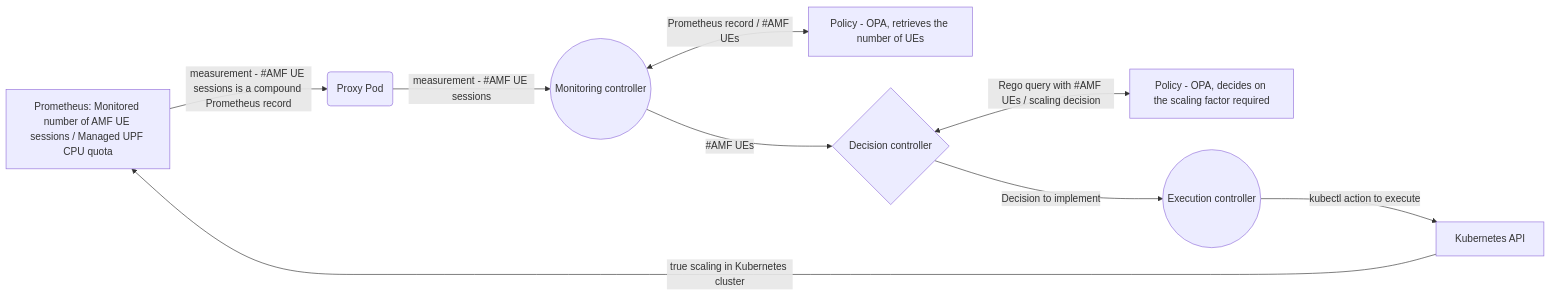
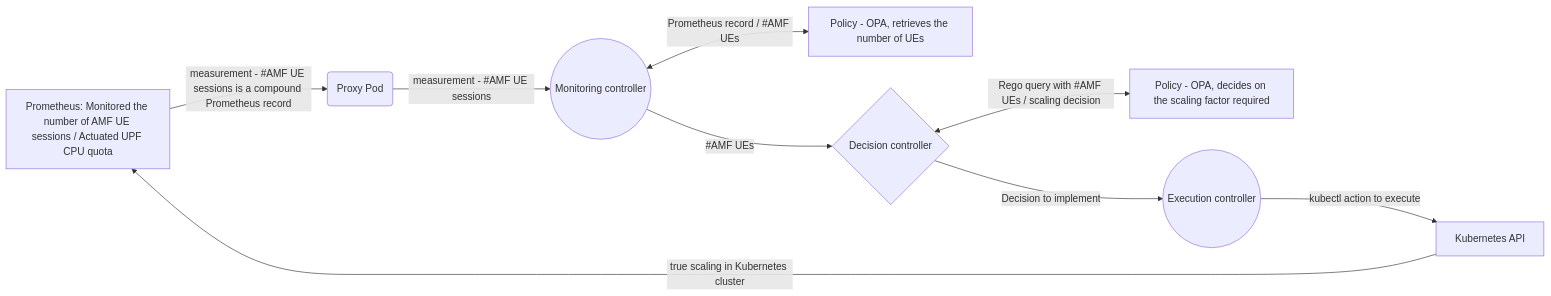
The diagram in README2.md (dbursztynowski/cl_demo), drawn with Mermaid before and after one commit.

````diff
--- a/README2.md
+++ b/README2.md
@@ -29,11 +29,11 @@
 ```mermaid
 flowchart LR
-M[Prometheus: Monitored number of AMF UE sessions / Managed UPF CPU quota] -->|measurement - #AMF UE sessions is a compound Prometheus record| X(Proxy Pod)
+M[Prometheus: Monitored the number of AMF UE sessions / Actuated UPF CPU quota] -->|measurement - #AMF UE sessions is a compound Prometheus record| X(Proxy Pod)
 X -->|measurement - #AMF UE sessions| A((Monitoring controller))
 A <-->|Prometheus record / #AMF UEs| P[Policy - OPA, retrieves the number of UEs]
 A -->|#AMF UEs| B{Decision controller}
 B <-->|Rego query with #AMF UEs / scaling decision| C[Policy - OPA, decides on the scaling factor required]
 B -->|Decision to implement| D((Execution controller))
 D -->|kubectl action to execute| K[Kubernetes API]
 K -->|true scaling in Kubernetes cluster| M
 ```
````
